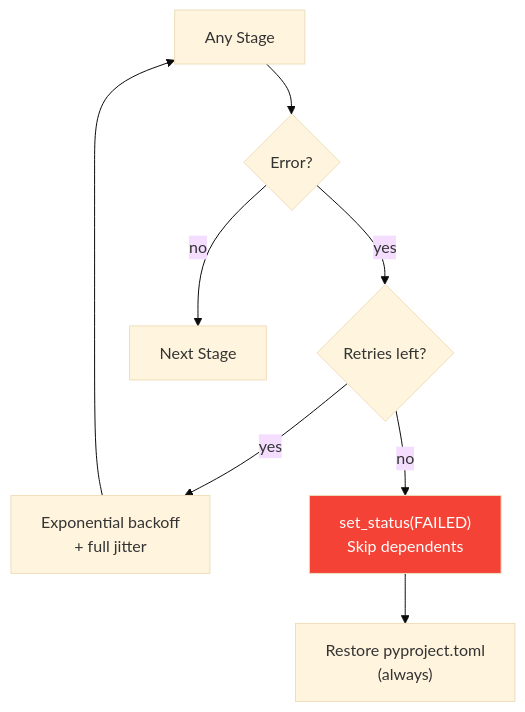
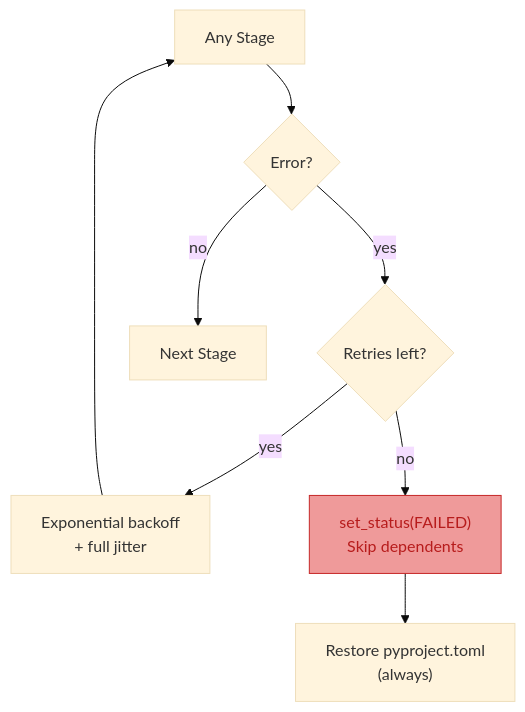
One commit to genkit-ai/genkit-python changed the third of 3 diagrams in tools/releasekit/docs/docs/internals/publisher.md. Above: the diagram before and after it, drawn with Mermaid (base theme). The commit also changed other lines of this file and 208 other files, not shown here.

````diff
--- a/tools/releasekit/docs/docs/internals/publisher.md
+++ b/tools/releasekit/docs/docs/internals/publisher.md
@@ -136,17 +136,17 @@
 ```mermaid
 graph TD
     STAGE["Any Stage"]
     ERROR{"Error?"}
     RETRY{"Retries left?"}
     BACKOFF["Exponential backoff<br/>+ full jitter"]
     FAIL["set_status(FAILED)<br/>Skip dependents"]
     RESTORE["Restore pyproject.toml<br/>(always)"]
 
     STAGE --> ERROR
     ERROR -->|no| NEXT["Next Stage"]
     ERROR -->|yes| RETRY
     RETRY -->|yes| BACKOFF --> STAGE
     RETRY -->|no| FAIL --> RESTORE
 
-    style FAIL fill:#f44336,color:#fff
+    style FAIL fill:#ef9a9a,stroke:#c62828,color:#b71c1c
 ```
````
